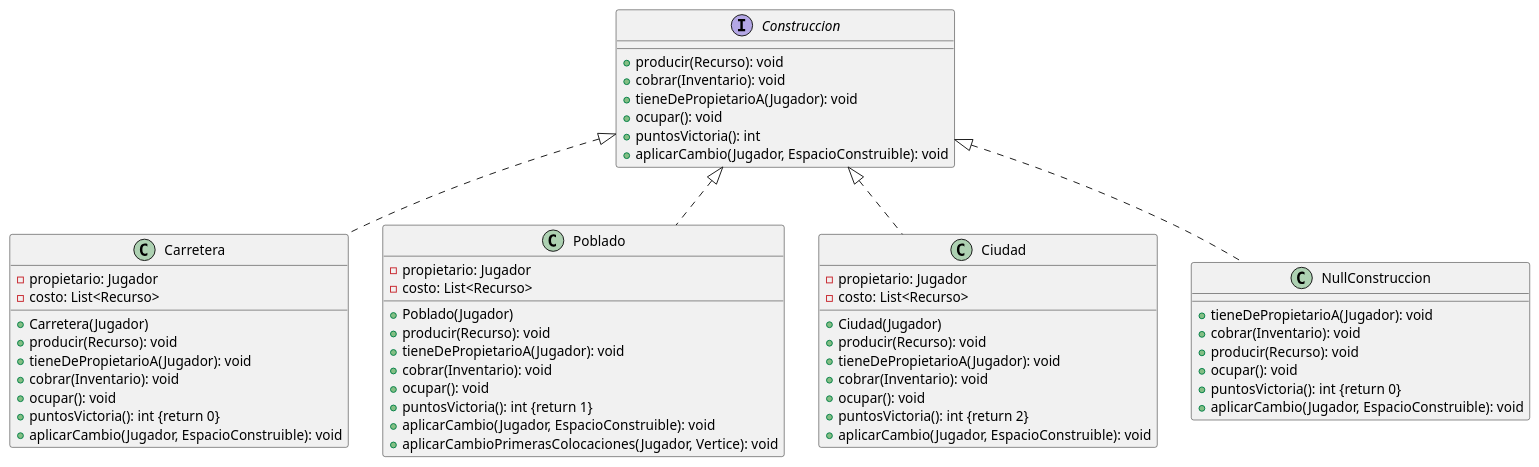
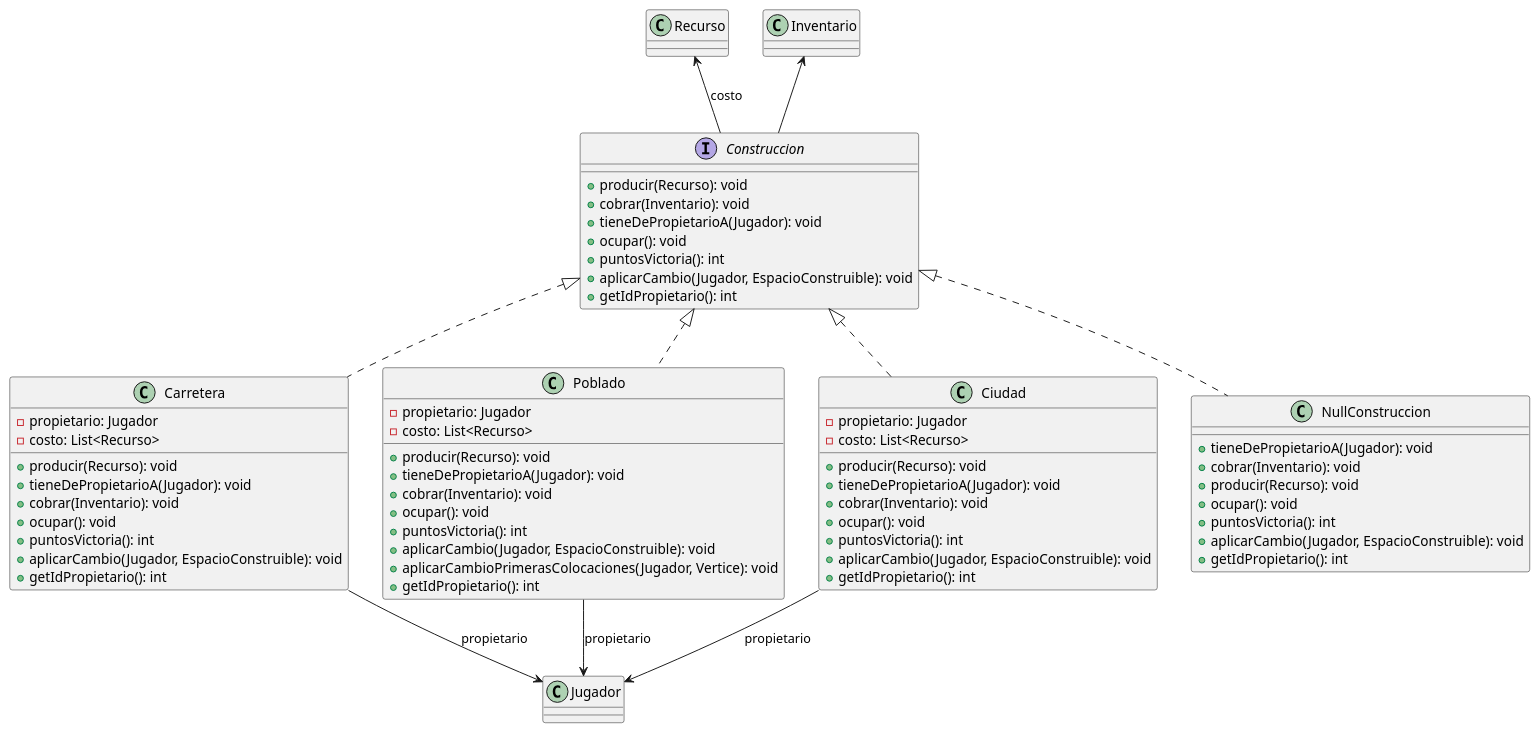
One commit to ValeSolArroyo/TP2-Catan changed the diagram in diagrams/classes/construcciones.puml. Above: the diagram before and after it, drawn with PlantUML. The commit also changed 21 other files, not shown here.

Commit message:
nuevos diagramas y arregle un test

```diff
--- a/diagrams/classes/construcciones.puml
+++ b/diagrams/classes/construcciones.puml
@@ -1,58 +1,78 @@
-@startuml construcciones
+@startuml
 
 interface Construccion {
-    + producir(Recurso): void
-    + cobrar(Inventario): void
-    + tieneDePropietarioA(Jugador): void
-    + ocupar(): void
-    + puntosVictoria(): int
-    + aplicarCambio(Jugador, EspacioConstruible): void
+  + producir(Recurso): void
+  + cobrar(Inventario): void
+  + tieneDePropietarioA(Jugador): void
+  + ocupar(): void
+  + puntosVictoria(): int
+  + aplicarCambio(Jugador, EspacioConstruible): void
+  + getIdPropietario(): int
 }
 
-class Carretera implements Construccion {
-    - propietario: Jugador
-    - costo: List<Recurso>
-    + Carretera(Jugador)
-    + producir(Recurso): void
-    + tieneDePropietarioA(Jugador): void
-    + cobrar(Inventario): void
-    + ocupar(): void
-    + puntosVictoria(): int {return 0}
-    + aplicarCambio(Jugador, EspacioConstruible): void
+class Carretera {
+  - propietario: Jugador
+  - costo: List<Recurso>
+  
+  + producir(Recurso): void
+  + tieneDePropietarioA(Jugador): void
+  + cobrar(Inventario): void
+  + ocupar(): void
+  + puntosVictoria(): int
+  + aplicarCambio(Jugador, EspacioConstruible): void
+  + getIdPropietario(): int
 }
 
-class Poblado implements Construccion {
-    - propietario: Jugador
-    - costo: List<Recurso>
-    + Poblado(Jugador)
-    + producir(Recurso): void
-    + tieneDePropietarioA(Jugador): void
-    + cobrar(Inventario): void
-    + ocupar(): void
-    + puntosVictoria(): int {return 1}
-    + aplicarCambio(Jugador, EspacioConstruible): void
-    + aplicarCambioPrimerasColocaciones(Jugador, Vertice): void
+class Poblado {
+  - propietario: Jugador
+  - costo: List<Recurso>
+  
+  + producir(Recurso): void
+  + tieneDePropietarioA(Jugador): void
+  + cobrar(Inventario): void
+  + ocupar(): void
+  + puntosVictoria(): int
+  + aplicarCambio(Jugador, EspacioConstruible): void
+  + aplicarCambioPrimerasColocaciones(Jugador, Vertice): void
+  + getIdPropietario(): int
 }
 
-class Ciudad implements Construccion {
-    - propietario: Jugador
-    - costo: List<Recurso>
-    + Ciudad(Jugador)
-    + producir(Recurso): void
-    + tieneDePropietarioA(Jugador): void
-    + cobrar(Inventario): void
-    + ocupar(): void
-    + puntosVictoria(): int {return 2}
-    + aplicarCambio(Jugador, EspacioConstruible): void
+class Ciudad {
+  - propietario: Jugador
+  - costo: List<Recurso>
+  
+  + producir(Recurso): void
+  + tieneDePropietarioA(Jugador): void
+  + cobrar(Inventario): void
+  + ocupar(): void
+  + puntosVictoria(): int
+  + aplicarCambio(Jugador, EspacioConstruible): void
+  + getIdPropietario(): int
 }
 
-class NullConstruccion implements Construccion {
-    + tieneDePropietarioA(Jugador): void
-    + cobrar(Inventario): void
-    + producir(Recurso): void
-    + ocupar(): void
-    + puntosVictoria(): int {return 0}
-    + aplicarCambio(Jugador, EspacioConstruible): void
+class NullConstruccion {
+  + tieneDePropietarioA(Jugador): void
+  + cobrar(Inventario): void
+  + producir(Recurso): void
+  + ocupar(): void
+  + puntosVictoria(): int
+  + aplicarCambio(Jugador, EspacioConstruible): void
+  + getIdPropietario(): int
 }
 
+
+Construccion <|.. Carretera
+Construccion <|.. Poblado
+Construccion <|.. Ciudad
+Construccion <|.. NullConstruccion
+
+
+Carretera --> Jugador : propietario
+Poblado --> Jugador : propietario
+Ciudad --> Jugador : propietario
+
+
+Recurso <-- Construccion :costo
+Inventario <-- Construccion
+
 @enduml
```
